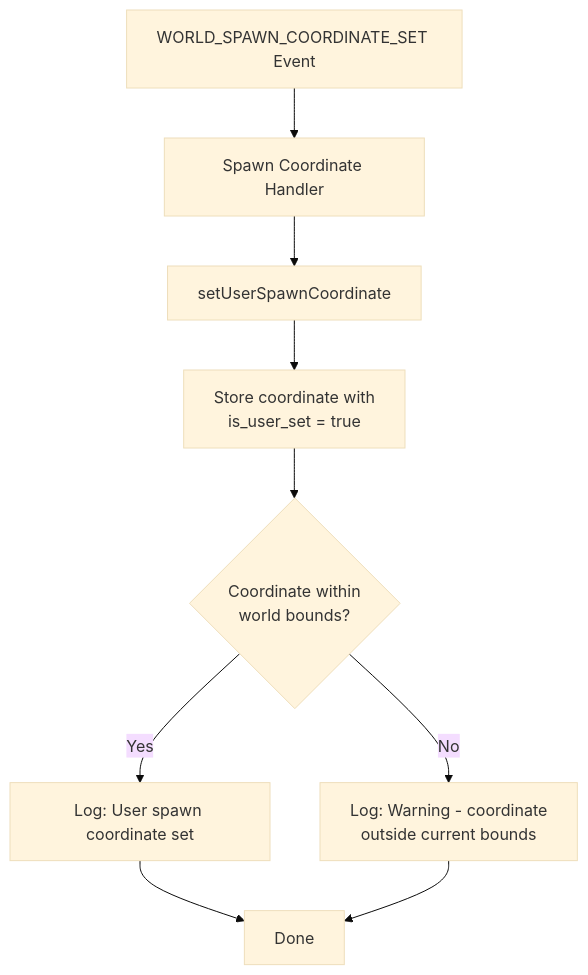
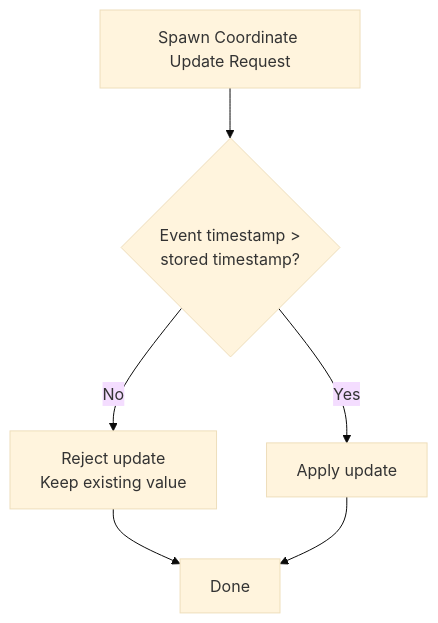
One commit to decentraland/asset-bundle-registry changed the first of 3 diagrams in PR_DESCRIPTION.md. Above: the diagram before and after it, drawn with Mermaid (base theme). The commit also changed other lines of this file and 27 other files, not shown here.

Commit message:
feat: Add spawn coordinates timestamp race condition prevention

````diff
--- a/PR_DESCRIPTION.md
+++ b/PR_DESCRIPTION.md
@@ -164,11 +166,8 @@
 ```mermaid
 flowchart TD
-    A[WORLD_SPAWN_COORDINATE_SET Event] --> B[Spawn Coordinate Handler]
-    B --> C[setUserSpawnCoordinate]
-    C --> D[Store coordinate with<br/>is_user_set = true]
-    D --> E{Coordinate within<br/>world bounds?}
-    E -->|Yes| F[Log: User spawn coordinate set]
-    E -->|No| G[Log: Warning - coordinate<br/>outside current bounds]
-    F --> H[Done]
-    G --> H
+    A[Spawn Coordinate Update Request] --> B{Event timestamp ><br/>stored timestamp?}
+    B -->|No| C[Reject update<br/>Keep existing value]
+    B -->|Yes| D[Apply update]
+    C --> E[Done]
+    D --> E
 ```
````
